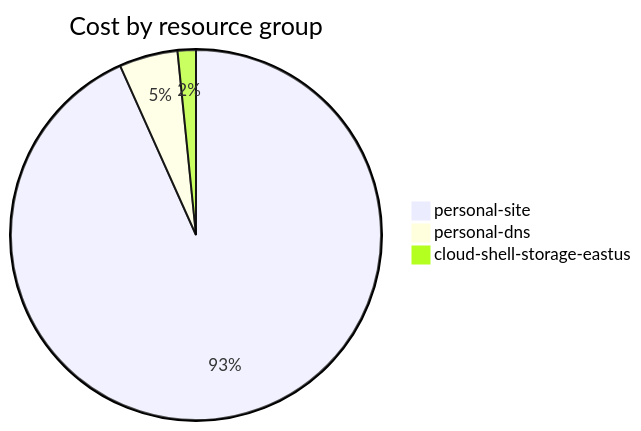
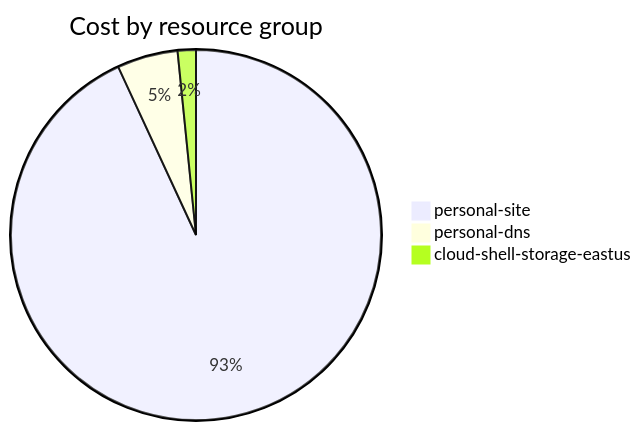
Before and after one commit to jpfulton/azure-personal-reports: the fourth of 4 diagrams in cost-reports/accumulated-cost.md, drawn with Mermaid. The commit also changed other lines of this file and 4 other files, not shown here.

````diff
--- a/cost-reports/accumulated-cost.md
+++ b/cost-reports/accumulated-cost.md
@@ -143,7 +143,7 @@
 ```mermaid
 pie
    title Cost by resource group
-   "personal-site" : 2.92
-   "personal-dns" : 0.16
-   "cloud-shell-storage-eastus" : 0.05
+   "personal-site" : 3.51
+   "personal-dns" : 0.20
+   "cloud-shell-storage-eastus" : 0.06
 ```
````
